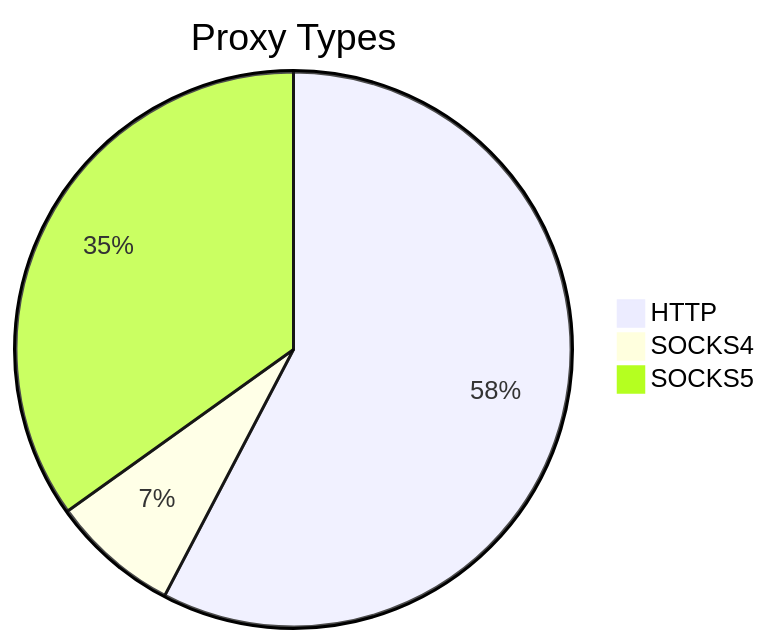
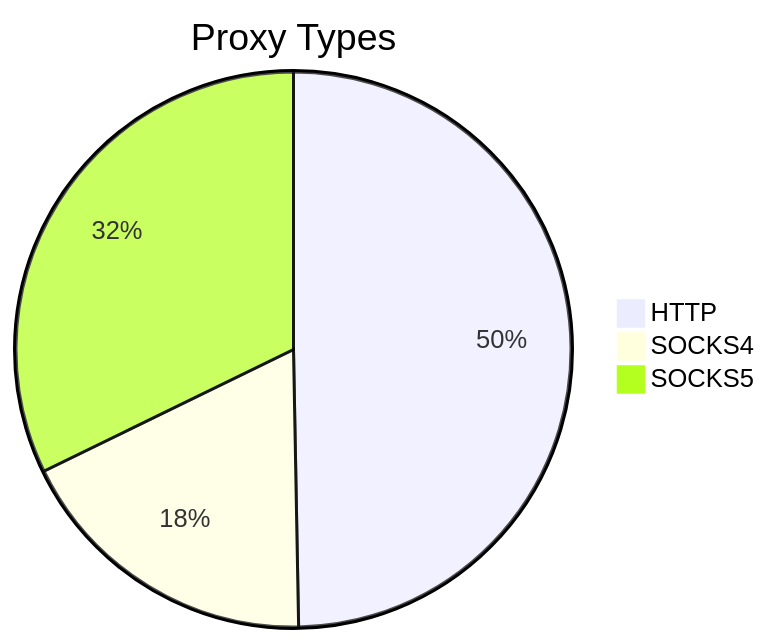
The first of 2 diagrams in README.md (stormsia/proxy-list), drawn with Mermaid before and after one commit. The commit also changed other lines of this file, not shown here.

````diff
--- a/README.md
+++ b/README.md
@@ -21,6 +21,6 @@
 ```mermaid
 pie title Proxy Types
-    "HTTP" : 124
-    "SOCKS4" : 16
-    "SOCKS5" : 75
+    "HTTP" : 253
+    "SOCKS4" : 92
+    "SOCKS5" : 164
 ```
````
